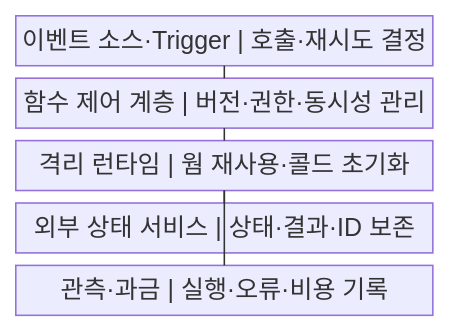
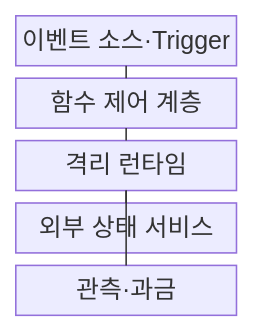
The first of 2 diagrams in src/content/docs/notes/03-software/159_serverless_faas.md (agnusdei1207/knowledge-base), drawn with Mermaid before and after one commit. The commit also changed other lines of this file and 238 other files, not shown here.

````diff
--- a/src/content/docs/notes/03-software/159_serverless_faas.md
+++ b/src/content/docs/notes/03-software/159_serverless_faas.md
@@ -55,13 +55,13 @@
 ```mermaid
-block
+block-beta
     columns 1
-    A["이벤트 소스·Trigger | 호출·재시도 결정"]
-    B["함수 제어 계층 | 버전·권한·동시성 관리"]
-    C["격리 런타임 | 웜 재사용·콜드 초기화"]
-    D["외부 상태 서비스 | 상태·결과·ID 보존"]
-    E["관측·과금 | 실행·오류·비용 기록"]
+    A["이벤트 소스·Trigger"]
+    B["함수 제어 계층"]
+    C["격리 런타임"]
+    D["외부 상태 서비스"]
+    E["관측·과금"]
     A --- B
     B --- C
     C --- D
     C --- E
 ```
````
